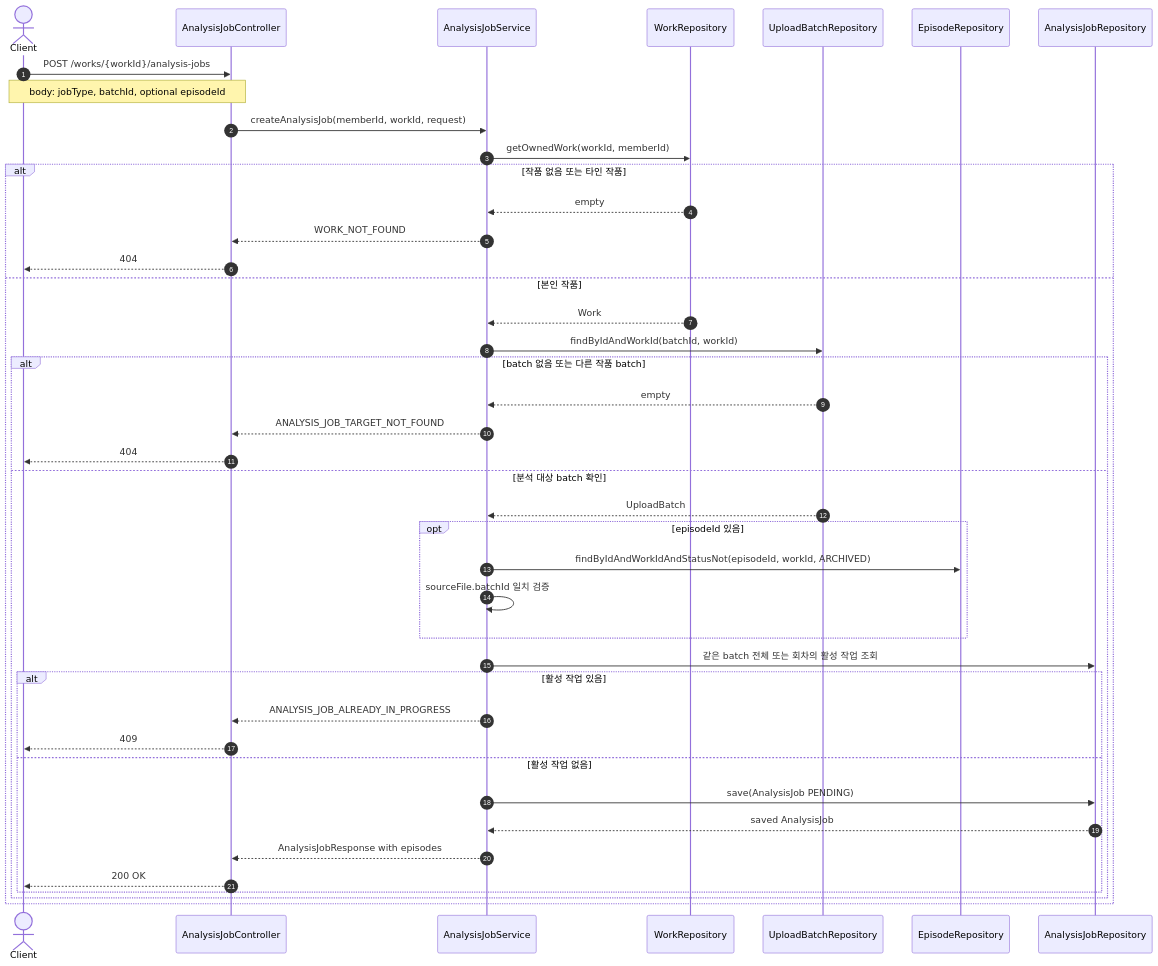
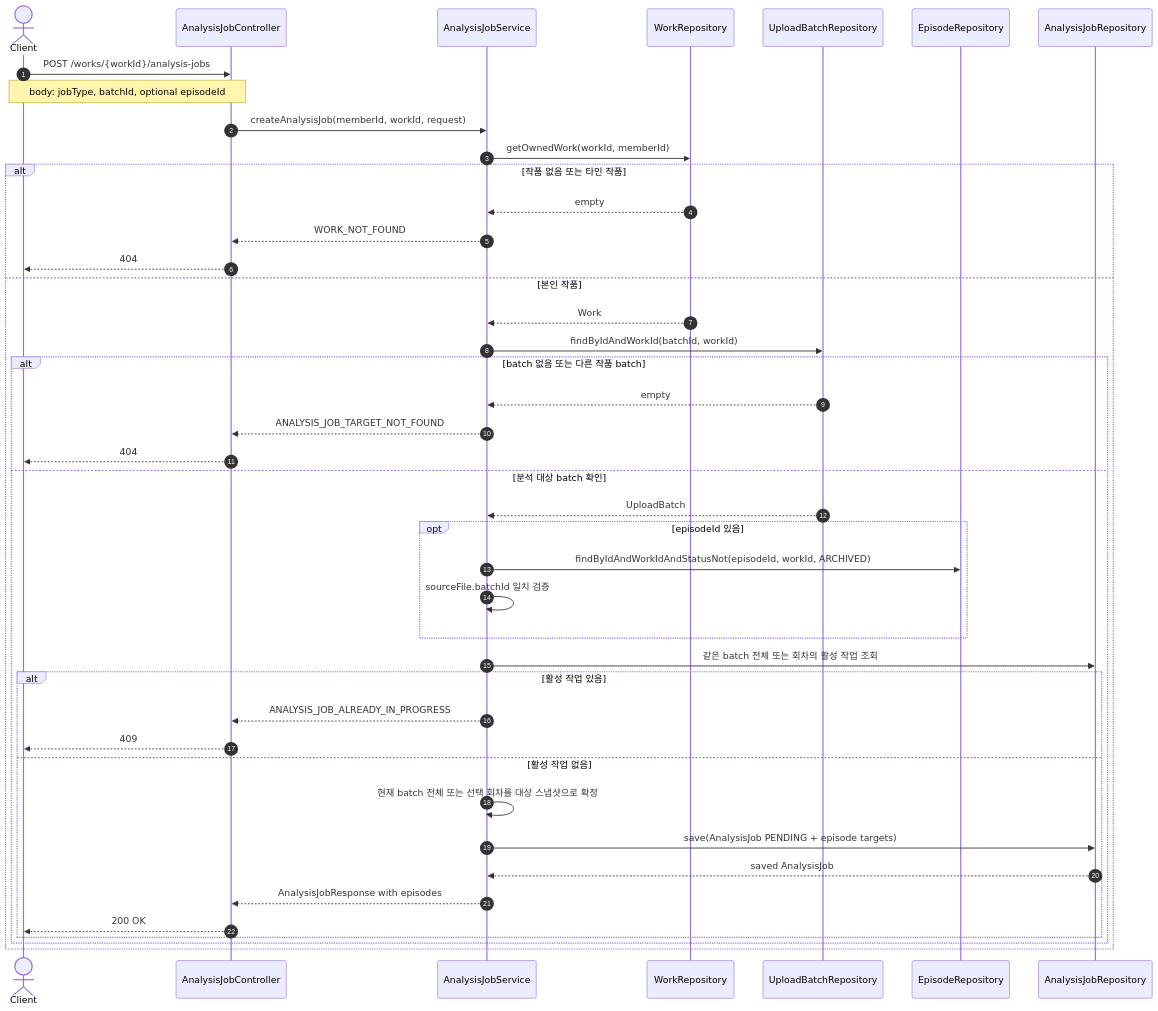
The fourth of 10 diagrams in docs/analysis-workflow.md (catchhole-soma/catchhole-backend-java), drawn with Mermaid before and after one commit. The commit also changed other lines of this file and 8 other files, not shown here.

````diff
--- a/docs/analysis-workflow.md
+++ b/docs/analysis-workflow.md
@@ -108,45 +108,46 @@
 ```mermaid
 sequenceDiagram
     autonumber
     actor Client
     participant Controller as AnalysisJobController
     participant Service as AnalysisJobService
     participant WorkRepo as WorkRepository
     participant BatchRepo as UploadBatchRepository
     participant EpisodeRepo as EpisodeRepository
     participant JobRepo as AnalysisJobRepository
 
     Client->>Controller: POST /works/{workId}/analysis-jobs
     Note over Client,Controller: body: jobType, batchId, optional episodeId
     Controller->>Service: createAnalysisJob(memberId, workId, request)
     Service->>WorkRepo: getOwnedWork(workId, memberId)
     alt 작품 없음 또는 타인 작품
         WorkRepo-->>Service: empty
         Service-->>Controller: WORK_NOT_FOUND
         Controller-->>Client: 404
     else 본인 작품
         WorkRepo-->>Service: Work
         Service->>BatchRepo: findByIdAndWorkId(batchId, workId)
         alt batch 없음 또는 다른 작품 batch
             BatchRepo-->>Service: empty
             Service-->>Controller: ANALYSIS_JOB_TARGET_NOT_FOUND
             Controller-->>Client: 404
         else 분석 대상 batch 확인
             BatchRepo-->>Service: UploadBatch
             opt episodeId 있음
                 Service->>EpisodeRepo: findByIdAndWorkIdAndStatusNot(episodeId, workId, ARCHIVED)
                 Service->>Service: sourceFile.batchId 일치 검증
             end
             Service->>JobRepo: 같은 batch 전체 또는 회차의 활성 작업 조회
             alt 활성 작업 있음
                 Service-->>Controller: ANALYSIS_JOB_ALREADY_IN_PROGRESS
                 Controller-->>Client: 409
             else 활성 작업 없음
-                Service->>JobRepo: save(AnalysisJob PENDING)
+                Service->>Service: 현재 batch 전체 또는 선택 회차를 대상 스냅샷으로 확정
+                Service->>JobRepo: save(AnalysisJob PENDING + episode targets)
                 JobRepo-->>Service: saved AnalysisJob
                 Service-->>Controller: AnalysisJobResponse with episodes
                 Controller-->>Client: 200 OK
             end
         end
     end
 ```
````
